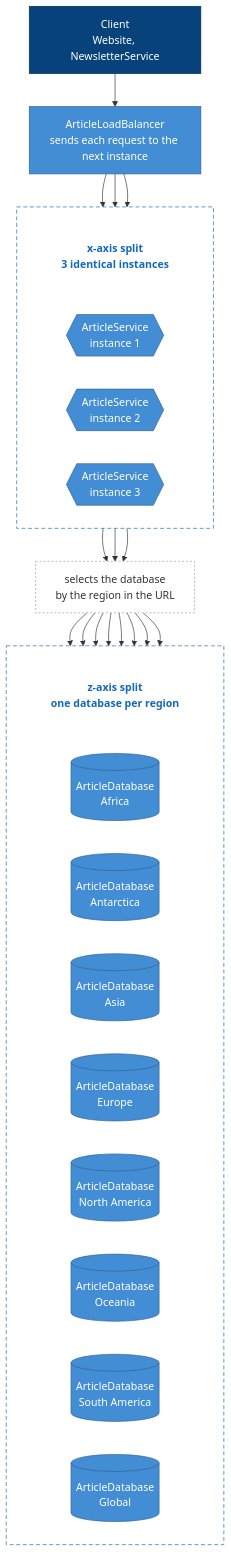
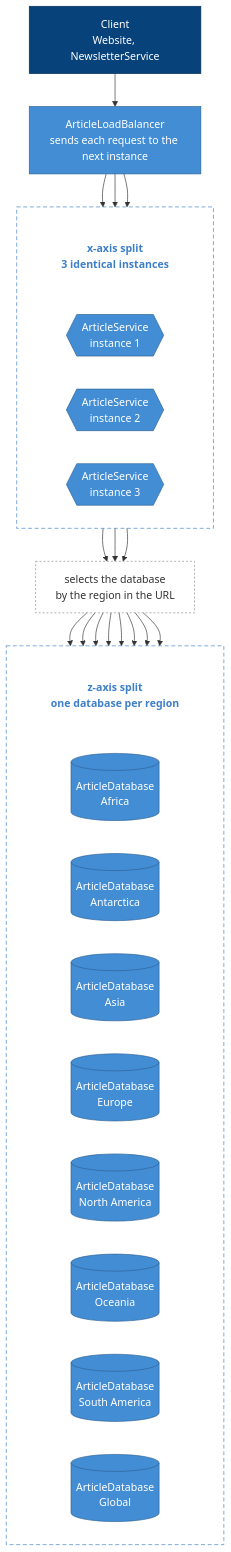
Before and after one commit to ChristianVistiLyth/happy-headlines: the diagram in week-36/README.md, drawn with Mermaid. The commit also changed 1 other file, not shown here.

Commit message:
Make the README diagrams readable in dark mode

````diff
--- a/week-36/README.md
+++ b/week-36/README.md
@@ -10,44 +10,44 @@
 ```mermaid
 flowchart TB
     client["Client<br/>Website, NewsletterService"]
     lb["ArticleLoadBalancer<br/>sends each request to the next instance"]
 
     subgraph xaxis[" "]
         direction LR
         xlabel["x-axis split<br/>3 identical instances"]
         s1{{"ArticleService<br/>instance 1"}}
         s2{{"ArticleService<br/>instance 2"}}
         s3{{"ArticleService<br/>instance 3"}}
     end
 
     router["selects the database<br/>by the region in the URL"]
 
     subgraph zaxis[" "]
         direction LR
         zlabel["z-axis split<br/>one database per region"]
         africa[("ArticleDatabase<br/>Africa")]
         antarctica[("ArticleDatabase<br/>Antarctica")]
         asia[("ArticleDatabase<br/>Asia")]
         europe[("ArticleDatabase<br/>Europe")]
         northAmerica[("ArticleDatabase<br/>North America")]
         oceania[("ArticleDatabase<br/>Oceania")]
         southAmerica[("ArticleDatabase<br/>South America")]
         globalDb[("ArticleDatabase<br/>Global")]
     end
 
     client --> lb
     lb --> s1 & s2 & s3
     s1 & s2 & s3 --> router
     router --> africa & antarctica & asia & europe & northAmerica & oceania & southAmerica & globalDb
 
     classDef client fill:#08427b,stroke:#052e56,color:#fff
     classDef container fill:#438dd5,stroke:#2e6295,color:#fff
-    classDef note fill:#fff,stroke:#999,stroke-dasharray:3 3,color:#333
-    classDef axis fill:none,stroke:none,color:#1168bd,font-weight:bold
+    classDef note fill:none,stroke:#888,stroke-dasharray:3 3
+    classDef axis fill:none,stroke:none,color:#3d7fc9,font-weight:bold
     class client client
     class lb,s1,s2,s3,africa,antarctica,asia,europe,northAmerica,oceania,southAmerica,globalDb container
     class router note
     class xlabel,zlabel axis
-    style xaxis fill:none,stroke:#1168bd,stroke-dasharray:6 4,color:#1168bd
-    style zaxis fill:none,stroke:#1168bd,stroke-dasharray:6 4,color:#1168bd
+    style xaxis fill:none,stroke:#3d7fc9,stroke-dasharray:6 4,color:#3d7fc9
+    style zaxis fill:none,stroke:#3d7fc9,stroke-dasharray:6 4,color:#3d7fc9
 ```
````
